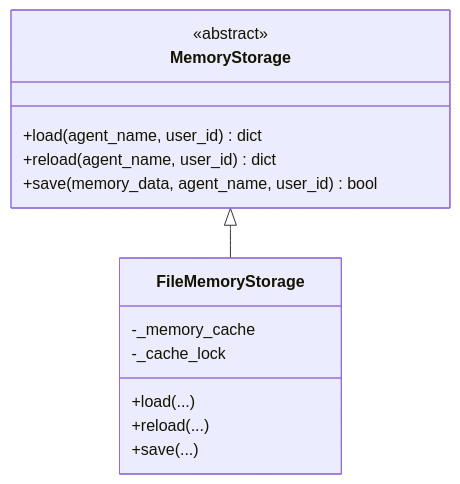
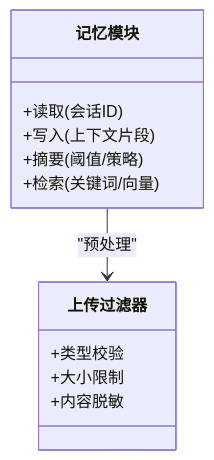
One commit to xfbyxq/deer-flow changed the sixth of 8 diagrams in .qoder/repowiki/zh/content/项目概述/项目介绍.md. Above: the diagram before and after it, drawn with Mermaid. The commit also changed other lines of this file and 621 other files, not shown here.

````diff
--- a/.qoder/repowiki/zh/content/项目概述/项目介绍.md
+++ b/.qoder/repowiki/zh/content/项目概述/项目介绍.md
@@ -242,17 +266,15 @@
 ```mermaid
 classDiagram
-class MemoryStorage {
-<<abstract>>
-+load(agent_name, user_id) dict
-+reload(agent_name, user_id) dict
-+save(memory_data, agent_name, user_id) bool
+class 记忆模块 {
++读取(会话ID)
++写入(上下文片段)
++摘要(阈值/策略)
++检索(关键词/向量)
 }
-class FileMemoryStorage {
--_memory_cache
--_cache_lock
-+load(...)
-+reload(...)
-+save(...)
+class 上传过滤器 {
++类型校验
++大小限制
++内容脱敏
 }
-MemoryStorage <|-- FileMemoryStorage
+记忆模块 --> 上传过滤器 : "预处理"
 ```
````
